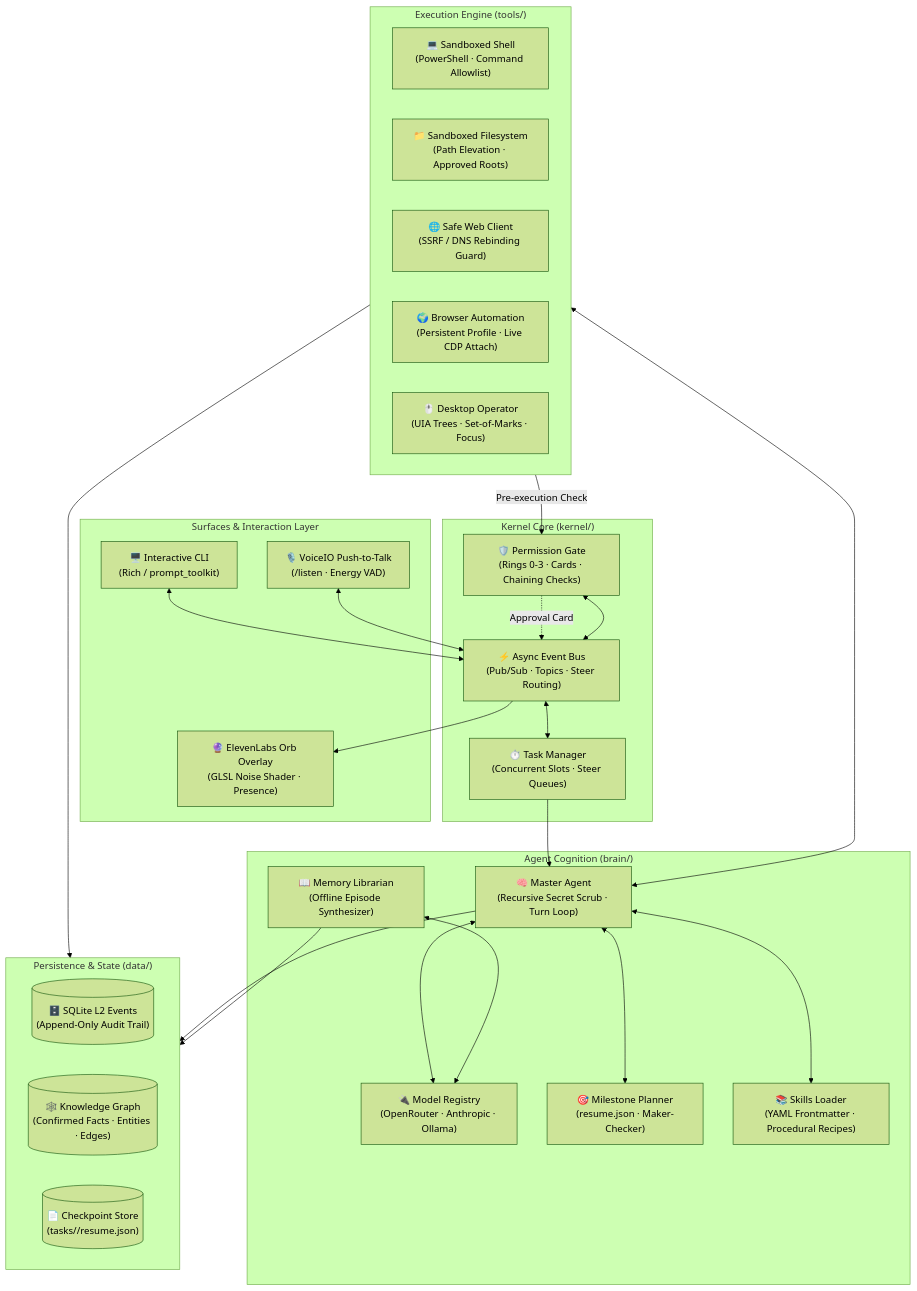
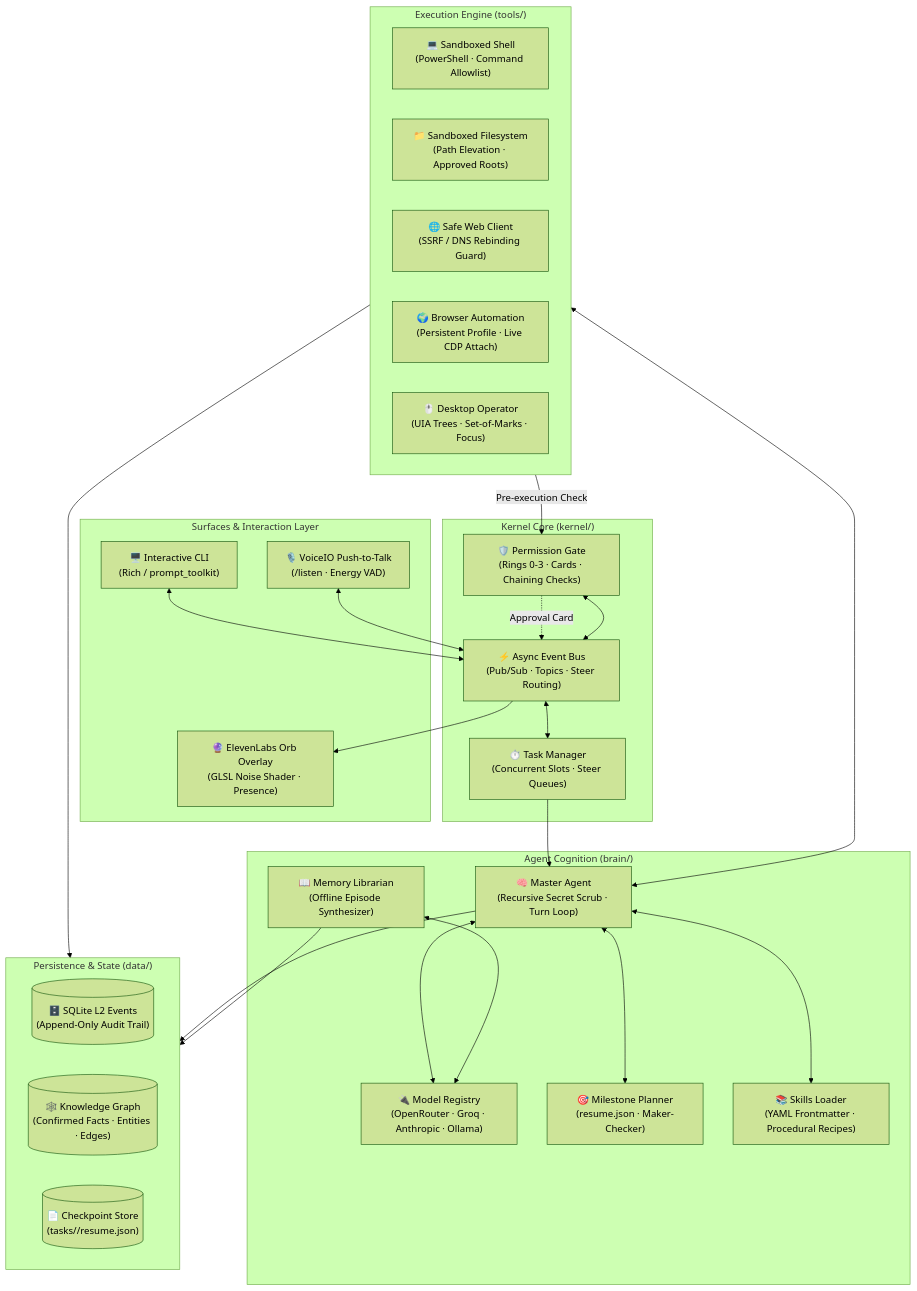
The first of 6 diagrams in README.md (NastyRunner13/AgentOS), drawn with Mermaid (forest theme) before and after one commit. The commit also changed other lines of this file and 7 other files, not shown here.

First line of the commit message:
feat(brain): add Groq OpenAI-compat adapter

````diff
--- a/README.md
+++ b/README.md
@@ -50,57 +50,57 @@
 ```mermaid
 flowchart TD
     subgraph SURFACES["Surfaces & Interaction Layer"]
         CLI["🖥️ Interactive CLI\n(Rich / prompt_toolkit)"]
         VOICE["🎙️ VoiceIO Push-to-Talk\n(/listen · Energy VAD)"]
         ORB["🔮 ElevenLabs Orb Overlay\n(GLSL Noise Shader · Presence)"]
     end
 
     subgraph KERNEL["Kernel Core (kernel/)"]
         BUS["⚡ Async Event Bus\n(Pub/Sub · Topics · Steer Routing)"]
         GATE["🛡️ Permission Gate\n(Rings 0-3 · Cards · Chaining Checks)"]
         TASKS["⏱️ Task Manager\n(Concurrent Slots · Steer Queues)"]
     end
 
     subgraph BRAIN["Agent Cognition (brain/)"]
-        REGISTRY["🔌 Model Registry\n(OpenRouter · Anthropic · Ollama)"]
+        REGISTRY["🔌 Model Registry\n(OpenRouter · Groq · Anthropic · Ollama)"]
         MASTER["🧠 Master Agent\n(Recursive Secret Scrub · Turn Loop)"]
         PLANNER["🎯 Milestone Planner\n(resume.json · Maker-Checker)"]
         SKILLS["📚 Skills Loader\n(YAML Frontmatter · Procedural Recipes)"]
         LIBRARIAN["📖 Memory Librarian\n(Offline Episode Synthesizer)"]
     end
 
     subgraph TOOLS["Execution Engine (tools/)"]
         SHELL["💻 Sandboxed Shell\n(PowerShell · Command Allowlist)"]
         FILES["📁 Sandboxed Filesystem\n(Path Elevation · Approved Roots)"]
         WEB["🌐 Safe Web Client\n(SSRF / DNS Rebinding Guard)"]
         BROWSER["🌍 Browser Automation\n(Persistent Profile · Live CDP Attach)"]
         OPERATOR["🖱️ Desktop Operator\n(UIA Trees · Set-of-Marks · Focus)"]
     end
 
     subgraph STORAGE["Persistence & State (data/)"]
         EPISODIC[("🗄️ SQLite L2 Events\n(Append-Only Audit Trail)")]
         GRAPH[("🕸️ Knowledge Graph\n(Confirmed Facts · Entities · Edges)")]
         RESUME[("📄 Checkpoint Store\n(tasks/<id>/resume.json)")]
     end
 
     %% Wiring
     CLI <--> BUS
     VOICE <--> BUS
     BUS --> ORB
 
     BUS <--> GATE
     BUS <--> TASKS
     TASKS --> MASTER
 
     MASTER <--> REGISTRY
     MASTER <--> PLANNER
     MASTER <--> SKILLS
     MASTER <--> TOOLS
     LIBRARIAN <--> REGISTRY
 
     GATE -.->|Approval Card| BUS
     TOOLS -->|Pre-execution Check| GATE
     TOOLS --> STORAGE
     MASTER --> STORAGE
     LIBRARIAN --> STORAGE
 ```
````
